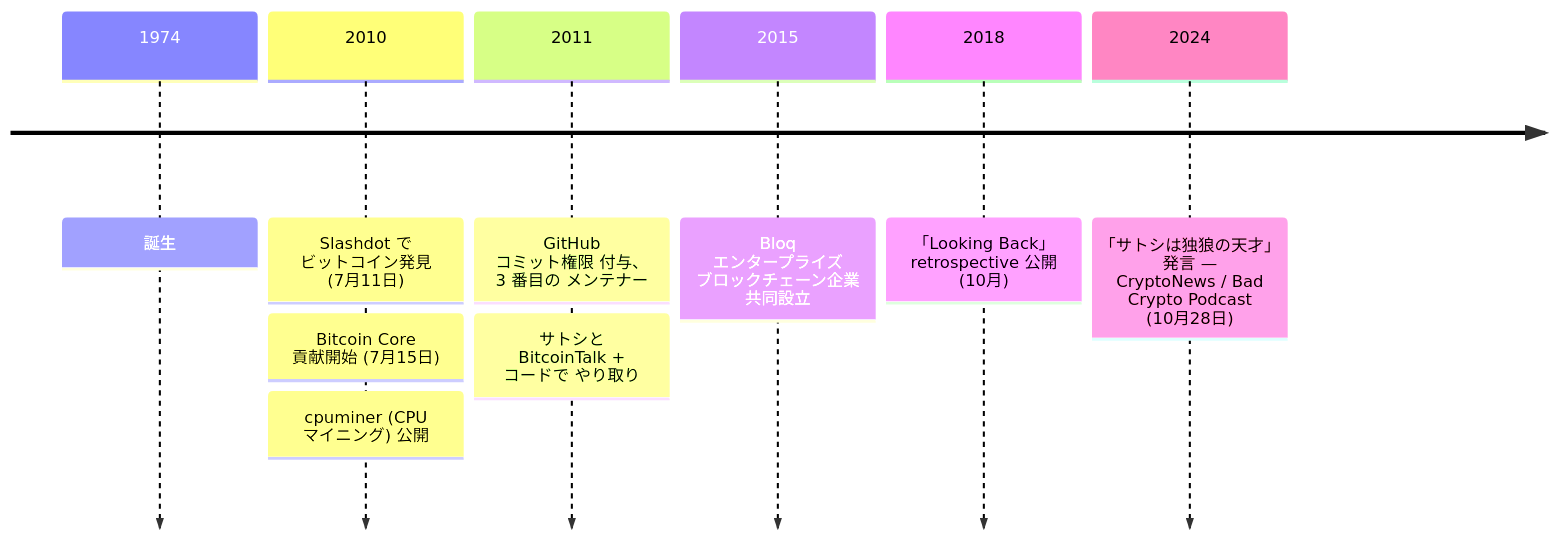
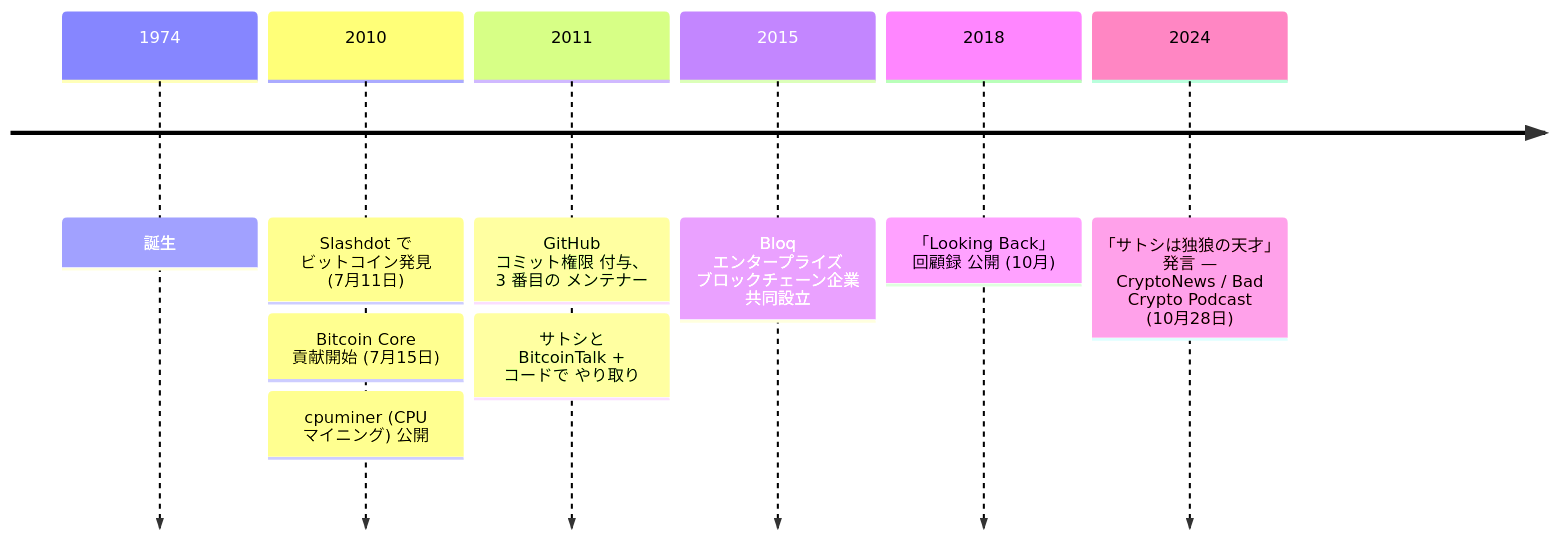
Before and after one commit to cypher256/BitcoinArchive: the diagram in src/data/translations/ja/aftermath/2010-07-15-jeff-garzik-biography.md, drawn with Mermaid. The commit also changed 2 other files, not shown here.

Commit message:
Translate untranslated English words in three aftermath JA pages
Replace Latin-letter English words left in JA prose with plain
Japanese equivalents.

- pieter-wuille-biography: two occurrences. "script juu-nansei" ->
  "sukuriputo no juu-nansei" (lead sentence and significance section).
  "privacy to sukuriputo juu-nansei" -> "puraibashi- to sukuriputo no
  juu-nansei" (significance section, switching the bare Latin "privacy"
  to katakana "puraibashi-").
- retep-diaspora-invite-first-post: "verbatim inyou" -> "chikugoteki na
  inyou" in the editorial note explaining the prose handling of a paid
  Bloomberg interview.
- jeff-garzik-biography: "Looking Back retrospective" -> "Looking Back
  kaiko-roku" in the mermaid timeline entry for the 2018 article.

CLAUDE.md global D-1 lists "retrospective" / "verbatim" / Latin-letter
"privacy"/"script" among target replacements.

````diff
--- a/src/data/translations/ja/aftermath/2010-07-15-jeff-garzik-biography.md
+++ b/src/data/translations/ja/aftermath/2010-07-15-jeff-garzik-biography.md
@@ -46,15 +46,15 @@
 ```mermaid
 timeline
     1974 : 誕生
     2010 : Slashdot で ビットコイン発見 (7月11日)
     %% link: /BitcoinArchive/ja/entries/aftermath/2010-07-11-slashdot-bitcoin-article/
          : Bitcoin Core 貢献開始 (7月15日)
          : cpuminer (CPU マイニング) 公開
     2011 : GitHub コミット権限 付与、 3 番目の メンテナー
          : サトシと BitcoinTalk + コードで やり取り
     2015 : Bloq エンタープライズ ブロックチェーン企業 共同設立
-    2018 : 「Looking Back」 retrospective 公開 (10月)
+    2018 : 「Looking Back」 回顧録 公開 (10月)
     %% link: /BitcoinArchive/ja/entries/aftermath/2018-10-29-jeff-garzik-retrospective/
     2024 : 「サトシは独狼の天才」 発言 — CryptoNews / Bad Crypto Podcast (10月28日)
     %% link: /BitcoinArchive/ja/entries/aftermath/2024-10-28-jeff-garzik-satoshi-lone-genius/
 ```
````
